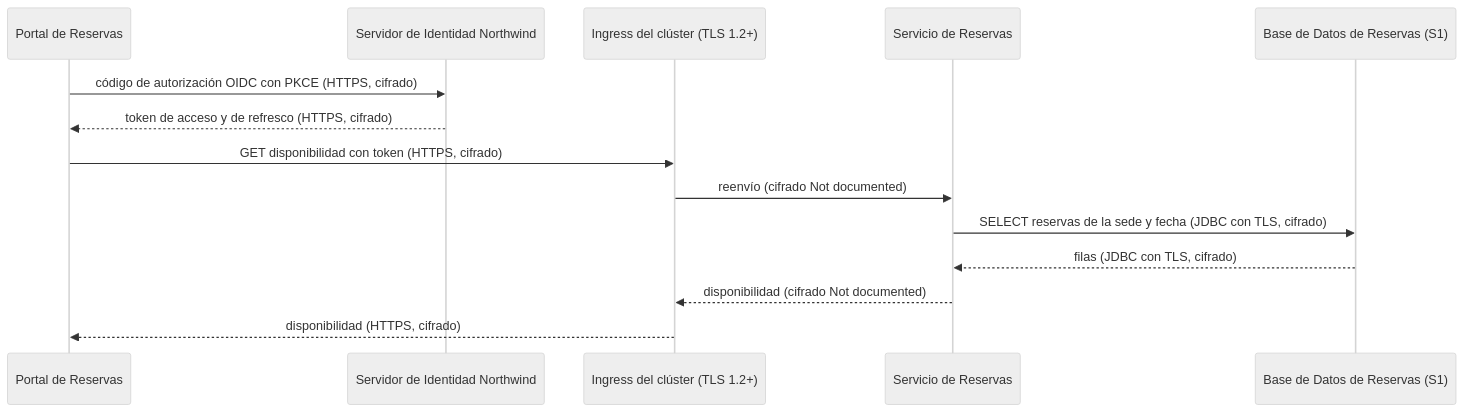
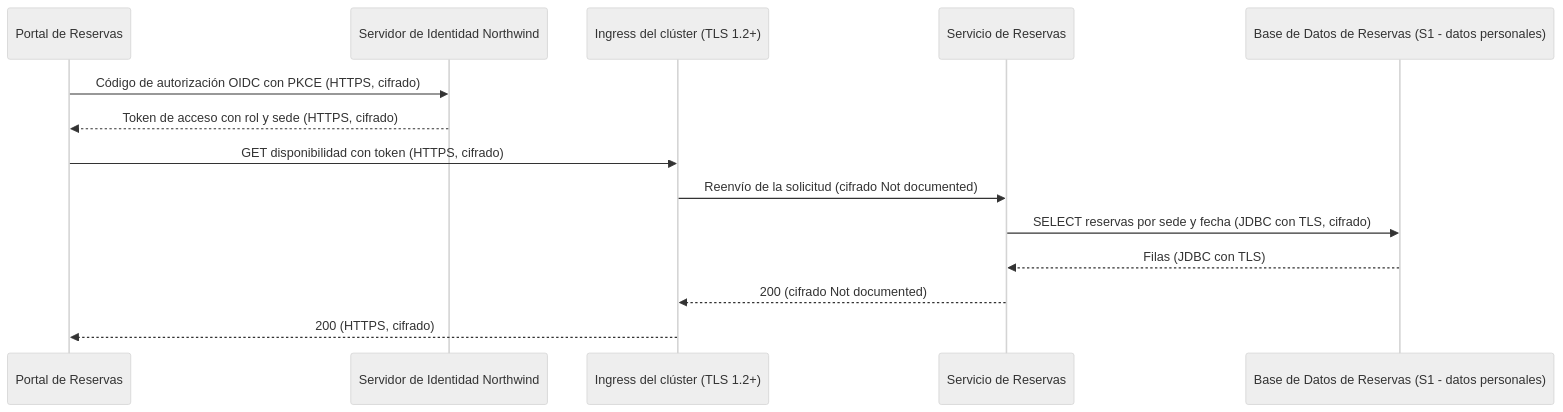
One commit to shadowX4fox/northwind-reservas changed the third of 3 diagrams in analysis/DATA-SENSITIVITY-2026-11-03.md. Above: the diagram before and after it, drawn with Mermaid (neutral theme). The commit also changed other lines of this file and 7 other files, not shown here.

````diff
--- a/analysis/DATA-SENSITIVITY-2026-11-03.md
+++ b/analysis/DATA-SENSITIVITY-2026-11-03.md
@@ -99,16 +90,16 @@
 ```mermaid
 sequenceDiagram
   participant Portal as Portal de Reservas
   participant IdP as Servidor de Identidad Northwind
   participant Ingress as Ingress del clúster (TLS 1.2+)
   participant Servicio as Servicio de Reservas
-  participant DB as Base de Datos de Reservas (S1)
-  Portal->>IdP: código de autorización OIDC con PKCE (HTTPS, cifrado)
-  IdP-->>Portal: token de acceso y de refresco (HTTPS, cifrado)
+  participant DB as Base de Datos de Reservas (S1 - datos personales)
+  Portal->>IdP: Código de autorización OIDC con PKCE (HTTPS, cifrado)
+  IdP-->>Portal: Token de acceso con rol y sede (HTTPS, cifrado)
   Portal->>Ingress: GET disponibilidad con token (HTTPS, cifrado)
-  Ingress->>Servicio: reenvío (cifrado Not documented)
-  Servicio->>DB: SELECT reservas de la sede y fecha (JDBC con TLS, cifrado)
-  DB-->>Servicio: filas (JDBC con TLS, cifrado)
-  Servicio-->>Ingress: disponibilidad (cifrado Not documented)
-  Ingress-->>Portal: disponibilidad (HTTPS, cifrado)
+  Ingress->>Servicio: Reenvío de la solicitud (cifrado Not documented)
+  Servicio->>DB: SELECT reservas por sede y fecha (JDBC con TLS, cifrado)
+  DB-->>Servicio: Filas (JDBC con TLS)
+  Servicio-->>Ingress: 200 (cifrado Not documented)
+  Ingress-->>Portal: 200 (HTTPS, cifrado)
 ```
````
